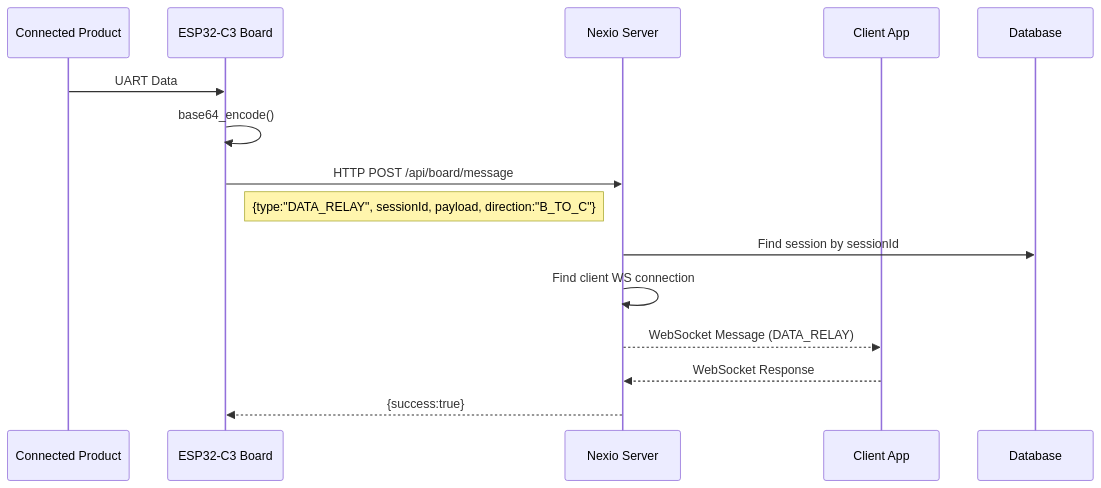
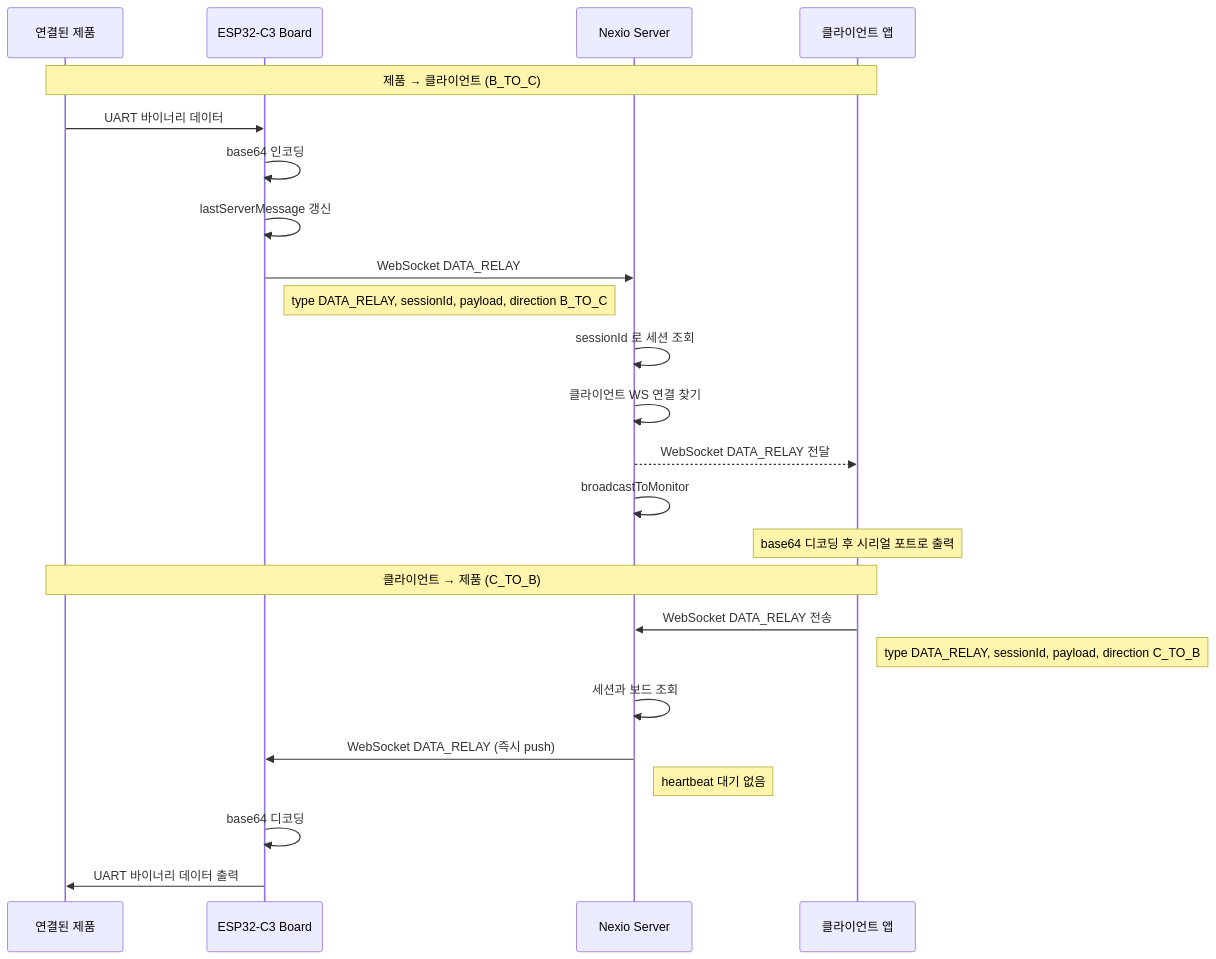
The seventh of 9 diagrams in docs/communication-sequence.md (hyunu/nexio), drawn with Mermaid before and after one commit. The commit also changed other lines of this file and 19 other files, not shown here.

````diff
--- a/docs/communication-sequence.md
+++ b/docs/communication-sequence.md
@@ -159,18 +290,34 @@
 ```mermaid
 sequenceDiagram
-    participant Product as Connected Product
+    participant Product as 연결된 제품
     participant Board as ESP32-C3 Board
     participant Server as Nexio Server
-    participant Client as Client App
+    participant Client as 클라이언트 앱
 
-    Product->>Board: UART Data
-    Board->>Board: base64_encode()
-    Board->>Server: HTTP POST /api/board/message
-    Note right of Board: {type:"DATA_RELAY", sessionId, payload, direction:"B_TO_C"}
+    Note over Product,Client: 제품 → 클라이언트 (B_TO_C)
 
-    Server->>Database: Find session by sessionId
-    Server->>Server: Find client WS connection
-    Server-->>Client: WebSocket Message (DATA_RELAY)
-    Client-->>Server: WebSocket Response
-    Server-->>Board: {success:true}
+    Product->>Board: UART 바이너리 데이터
+    Board->>Board: base64 인코딩
+    Board->>Board: lastServerMessage 갱신
+    Board->>Server: WebSocket DATA_RELAY
+    Note right of Board: type DATA_RELAY, sessionId, payload, direction B_TO_C
+
+    Server->>Server: sessionId 로 세션 조회
+    Server->>Server: 클라이언트 WS 연결 찾기
+    Server-->>Client: WebSocket DATA_RELAY 전달
+    Server->>Server: broadcastToMonitor
+
+    Note over Client: base64 디코딩 후 시리얼 포트로 출력
+
+    Note over Product,Client: 클라이언트 → 제품 (C_TO_B)
+
+    Client->>Server: WebSocket DATA_RELAY 전송
+    Note right of Client: type DATA_RELAY, sessionId, payload, direction C_TO_B
+
+    Server->>Server: 세션과 보드 조회
+    Server->>Board: WebSocket DATA_RELAY (즉시 push)
+    Note right of Server: heartbeat 대기 없음
+
+    Board->>Board: base64 디코딩
+    Board->>Product: UART 바이너리 데이터 출력
 ```
````
